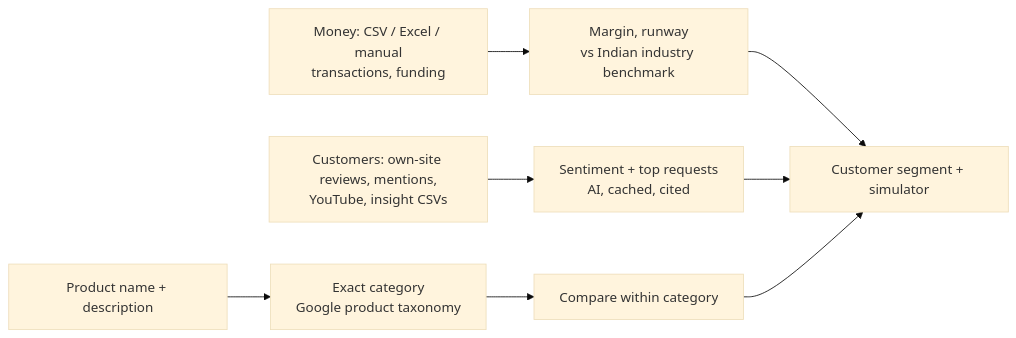
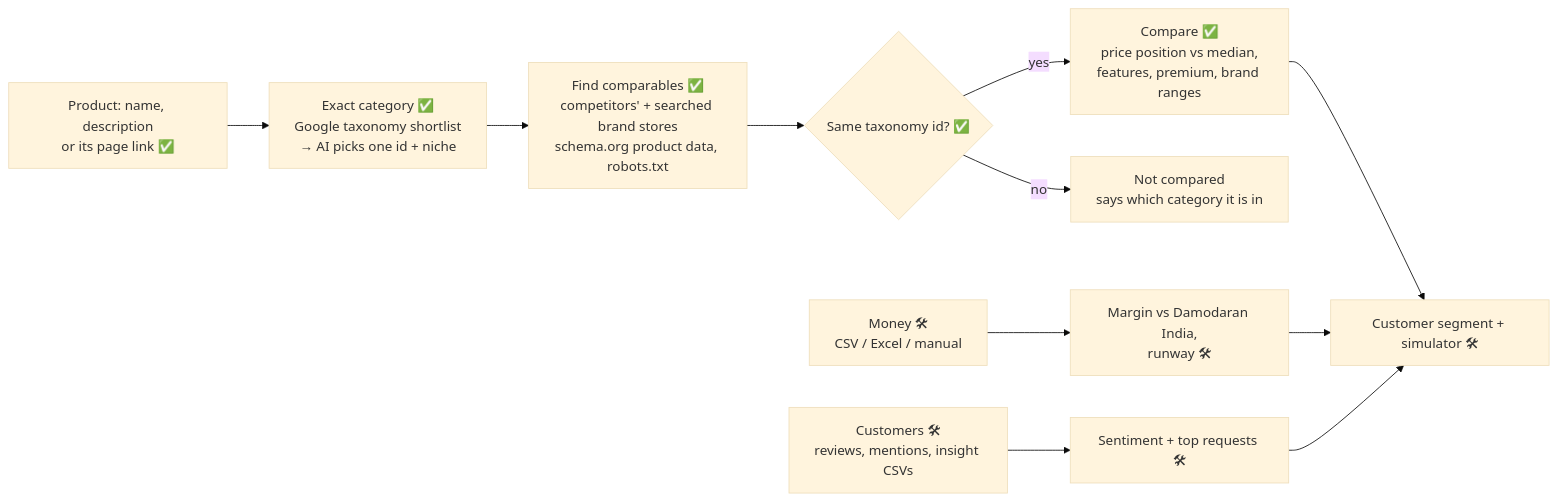
Before and after one commit to Niranjan-cyber/rivallens: the third of 4 diagrams in docs/deck/PPT-CONTENT.md, drawn with Mermaid (base theme). The commit also changed other lines of this file and 1 other file, not shown here.

Commit message:
Deck: updated architecture (slide 5), product-layer workflow, built vs planned

````diff
--- a/docs/deck/PPT-CONTENT.md
+++ b/docs/deck/PPT-CONTENT.md
@@ -130,10 +130,13 @@
 ```mermaid
 flowchart LR
-  MO[Money: CSV / Excel / manual<br/>transactions, funding] --> MM[Margin, runway<br/>vs Indian industry benchmark]
-  CU[Customers: own-site reviews, mentions,<br/>YouTube, insight CSVs] --> CS[Sentiment + top requests<br/>AI, cached, cited]
-  PR[Product name + description] --> CAT[Exact category<br/>Google product taxonomy]
-  CAT --> CMP[Compare within category]
-  MM --> SEG[Customer segment + simulator]
+  PR[Product: name, description<br/>or its page link ✅] --> CAT[Exact category ✅<br/>Google taxonomy shortlist<br/>→ AI picks one id + niche]
+  CAT --> FIND[Find comparables ✅<br/>competitors' + searched brand stores<br/>schema.org product data, robots.txt]
+  FIND --> SAME{Same taxonomy id? ✅}
+  SAME -- yes --> CMP[Compare ✅<br/>price position vs median,<br/>features, premium, brand ranges]
+  SAME -- no --> DROP[Not compared<br/>says which category it is in]
+  MO[Money 🛠<br/>CSV / Excel / manual] --> MM[Margin vs Damodaran India,<br/>runway 🛠]
+  CU[Customers 🛠<br/>reviews, mentions, insight CSVs] --> CS[Sentiment + top requests 🛠]
+  CMP --> SEG[Customer segment + simulator 🛠]
+  MM --> SEG
   CS --> SEG
-  CMP --> SEG
 ```
````
